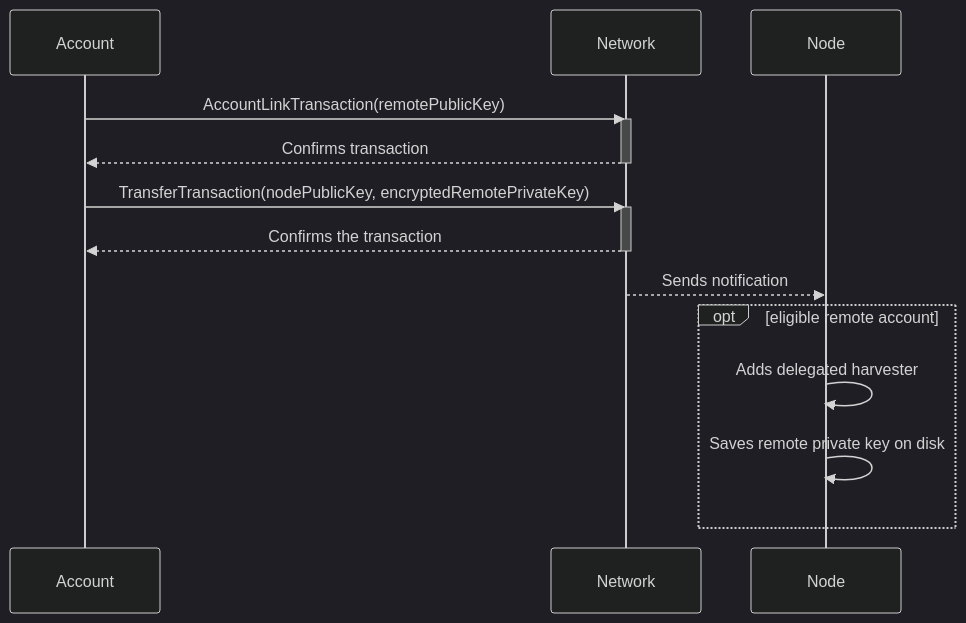
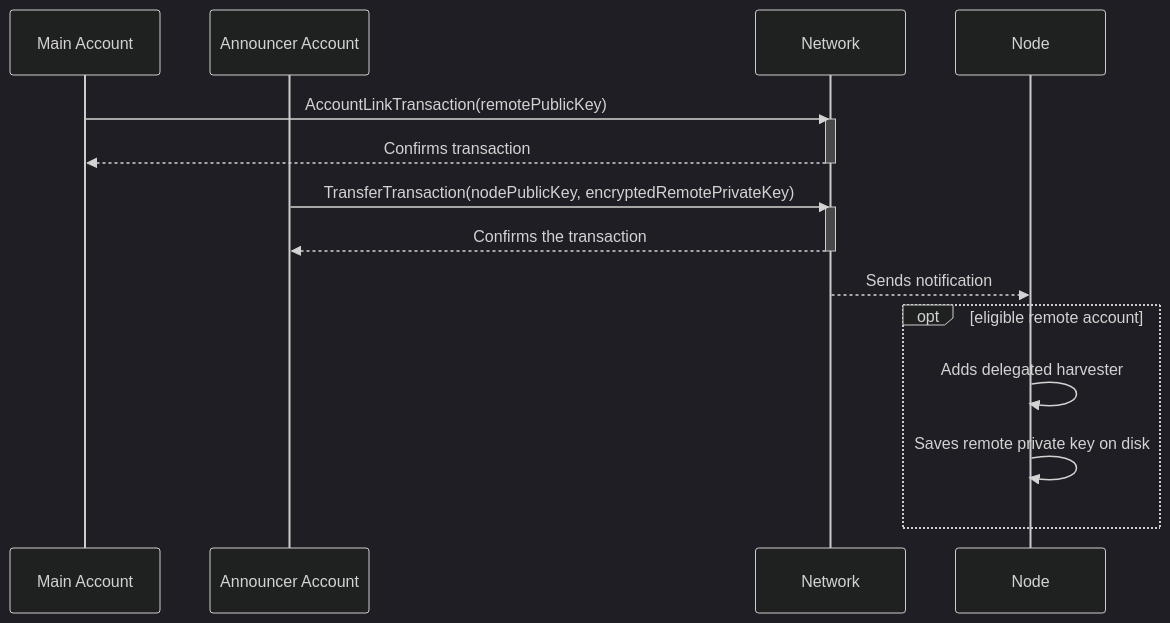
Before and after one commit to symbol/symbol-docs: the diagram in source/resources/diagrams/delegated-harvesting-activation.mmd, drawn with Mermaid (dark theme). The commit also changed 5 other files, not shown here.

```diff
--- a/source/resources/diagrams/delegated-harvesting-activation.mmd
+++ b/source/resources/diagrams/delegated-harvesting-activation.mmd
@@ -1,17 +1,18 @@
 sequenceDiagram
-    participant Account
+    participant Main Account
+    participant Announcer Account
     participant Network
     participant Node
-    Account ->>  Network: AccountLinkTransaction(remotePublicKey)
+    Main Account ->>  Network: AccountLinkTransaction(remotePublicKey)
     activate Network
-    Network -->> Account: Confirms transaction
+    Network -->> Main Account: Confirms transaction
     deactivate Network
-    Account ->>  Network: TransferTransaction(nodePublicKey, encryptedRemotePrivateKey)
+    Announcer Account ->>  Network: TransferTransaction(nodePublicKey, encryptedRemotePrivateKey)
     activate Network
-    Network -->> Account: Confirms the transaction
+    Network -->> Announcer Account: Confirms the transaction
     deactivate Network
     Network -->> Node: Sends notification
     opt eligible remote account
         Node ->> Node: Adds delegated harvester
         Node ->> Node: Saves remote private key on disk
     end
```
